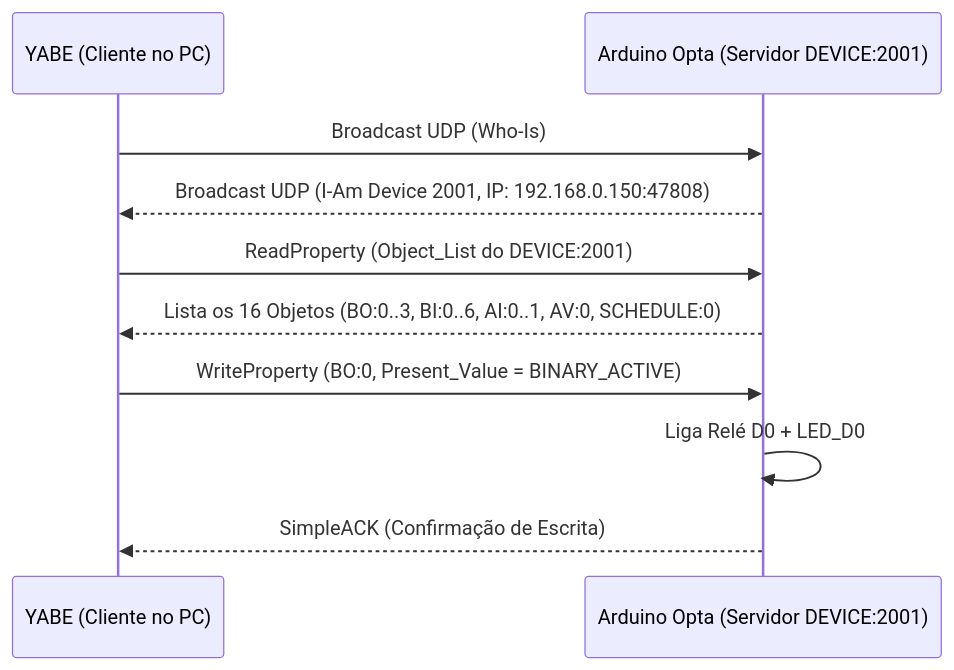
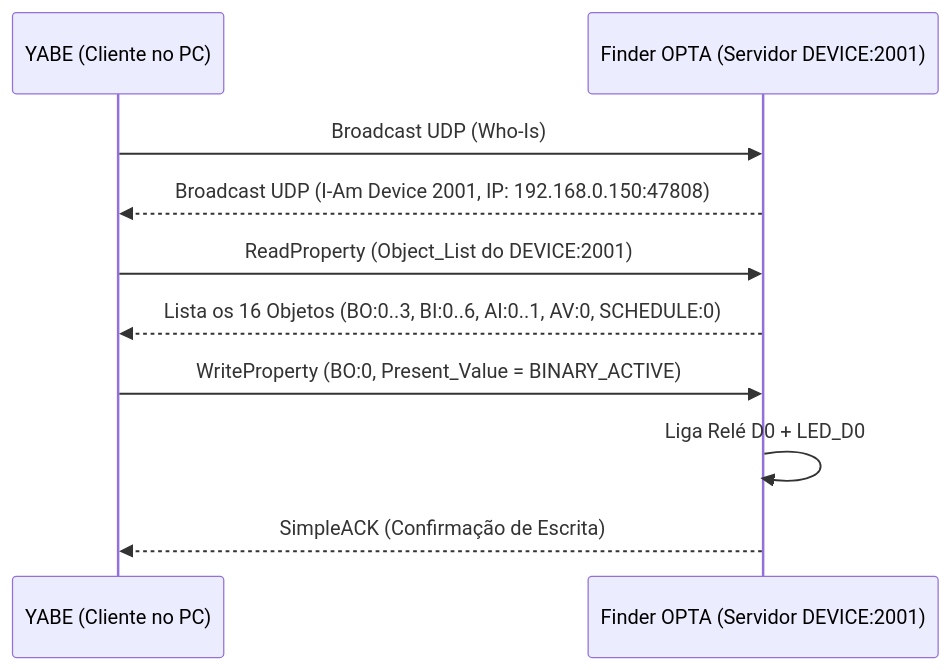
Before and after one commit to DanielfArcos/BACnet-Finder-OPTA: the second of 2 diagrams in docs/BACnet_IP_Arduino_Opta.md, drawn with Mermaid. The commit also changed other lines of this file and 8 other files, not shown here.

Commit message:
Docs & sketches: atualiza nomenclatura para Finder OPTA e pacotes ZIP

````diff
--- a/docs/BACnet_IP_Arduino_Opta.md
+++ b/docs/BACnet_IP_Arduino_Opta.md
@@ -48,13 +48,13 @@
 ```mermaid
 sequenceDiagram
     participant YABE as YABE (Cliente no PC)
-    participant OPTA as Arduino Opta (Servidor DEVICE:2001)
+    participant OPTA as Finder OPTA (Servidor DEVICE:2001)
 
     YABE->>OPTA: Broadcast UDP (Who-Is)
     OPTA-->>YABE: Broadcast UDP (I-Am Device 2001, IP: 192.168.0.150:47808)
     YABE->>OPTA: ReadProperty (Object_List do DEVICE:2001)
     OPTA-->>YABE: Lista os 16 Objetos (BO:0..3, BI:0..6, AI:0..1, AV:0, SCHEDULE:0)
     YABE->>OPTA: WriteProperty (BO:0, Present_Value = BINARY_ACTIVE)
     OPTA->>OPTA: Liga Relé D0 + LED_D0
     OPTA-->>YABE: SimpleACK (Confirmação de Escrita)
 ```
````
